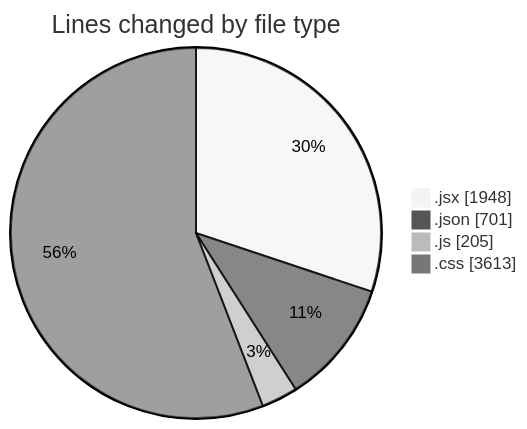
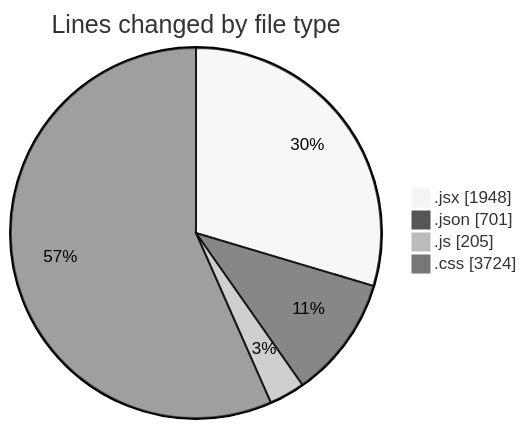
Before and after one commit to BS-eng2023/code-tracking: the first of 2 diagrams in 2025-05-04/project/README.md, drawn with Mermaid (neutral theme). The commit also changed other lines of this file and 1 other file, not shown here.

````diff
--- a/2025-05-04/project/README.md
+++ b/2025-05-04/project/README.md
@@ -43,8 +43,8 @@
 ```mermaid
 pie showData
 title Lines changed by file type
 ".jsx" : 1948
 ".json" : 701
 ".js" : 205
-".css" : 3613
+".css" : 3724
 ```
````
